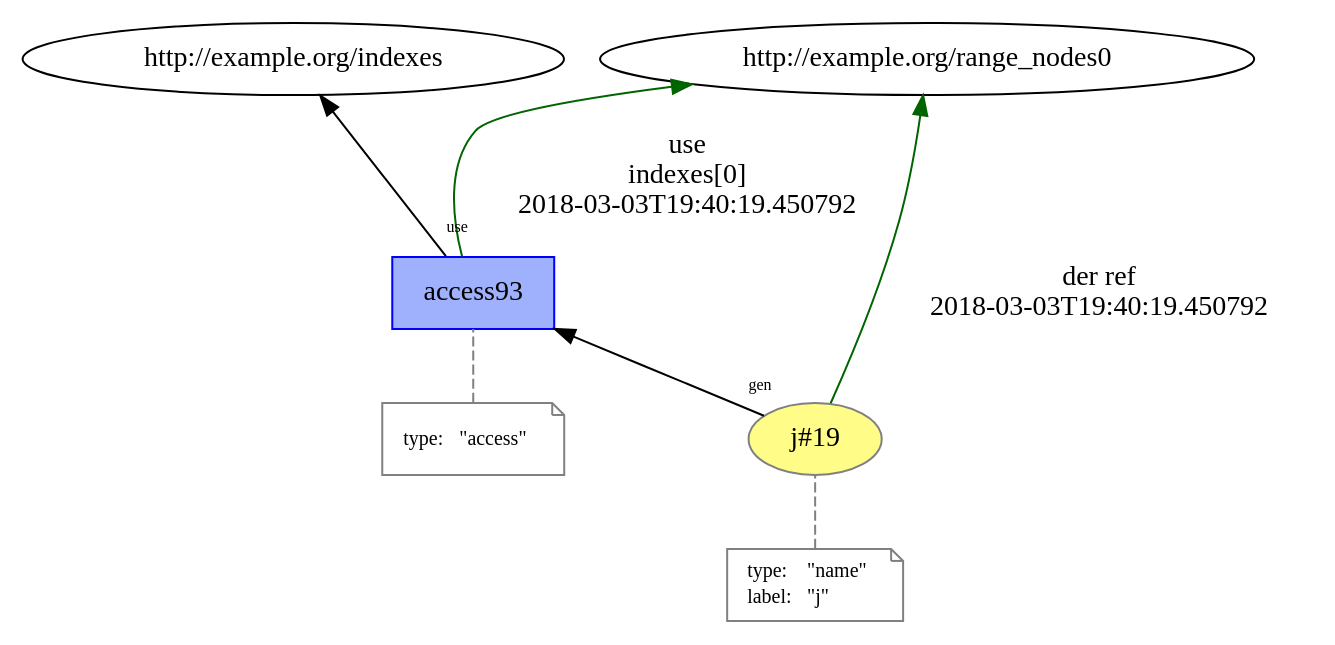
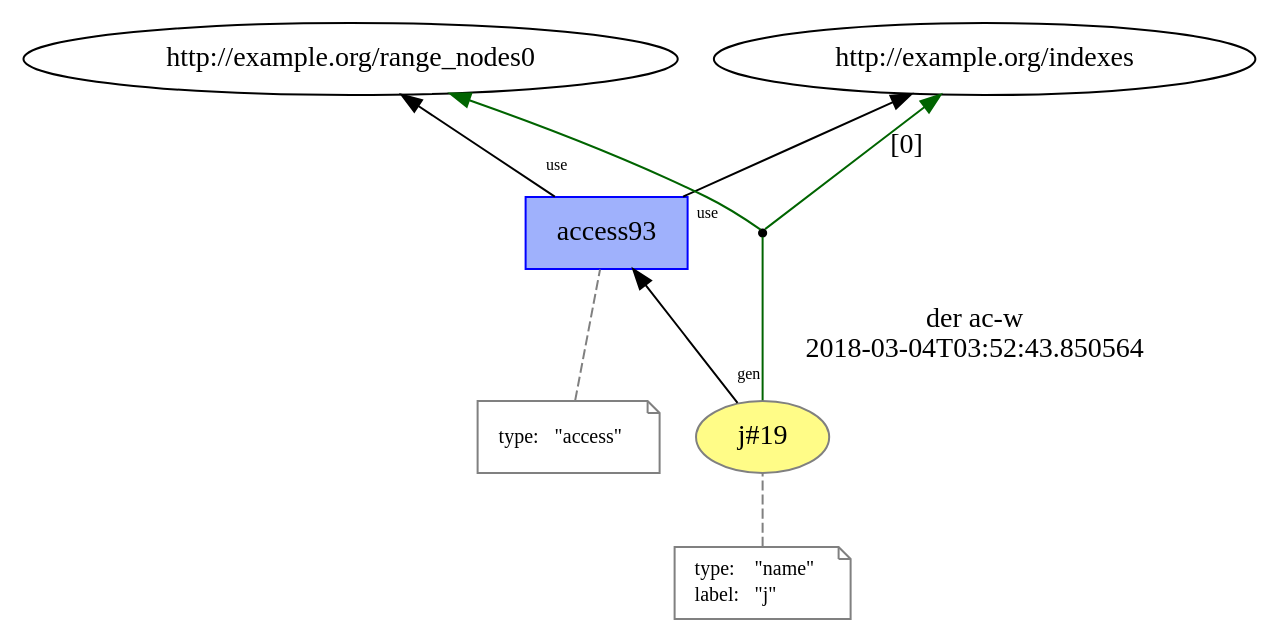
The diagram in intertwined_prov/temp/L13__loop_access_19.dot (dew-uff/versioned-prov), drawn with Graphviz before and after one commit. The commit also changed 972 other files, not shown here.

```diff
--- a/intertwined_prov/temp/L13__loop_access_19.dot
+++ b/intertwined_prov/temp/L13__loop_access_19.dot
@@ -1,29 +1,30 @@
 digraph "PROV" { size="16,12"; rankdir="BT";
 "http://example.org/j#19" [fillcolor="#FFFC87",color="#808080",style="filled",label="j#19",URL="http://example.org/j#19"]
 "-attrs0" [color="gray",shape="note",fontsize="10",fontcolor="black",label=<<TABLE cellpadding="0" border="0">
 	<TR>
 	    <TD align="left">type:</TD>
 	    <TD align="left">&quot;name&quot;</TD>
 	</TR>
 	<TR>
 	    <TD align="left">label:</TD>
 	    <TD align="left">&quot;j&quot;</TD>
 	</TR>
 </TABLE>>]
 "-attrs0" -> "http://example.org/j#19" [color="gray",style="dashed",arrowhead="none"]
 "http://example.org/access93" [fillcolor="#9FB1FC",color="#0000FF",shape="polygon",sides="4",style="filled",label="access93",URL="http://example.org/access93"]
 "-attrs1" [color="gray",shape="note",fontsize="10",fontcolor="black",label=<<TABLE cellpadding="0" border="0">
 	<TR>
 	    <TD align="left">type:</TD>
 	    <TD align="left">&quot;access&quot;</TD>
 	</TR>
 </TABLE>>]
 "-attrs1" -> "http://example.org/access93" [color="gray",style="dashed",arrowhead="none"]
-"http://example.org/access93" -> "http://example.org/range_nodes0" [labelfontsize="8",labeldistance="1.5",color="darkgreen",labelangle="60.0",rotation="20",label="use
-indexes[0]
-2018-03-03T19:40:19.450792"]
-"http://example.org/j#19" -> "http://example.org/range_nodes0" [labelfontsize="8",labeldistance="1.5",color="darkgreen",labelangle="60.0",rotation="20",label="der ref
-2018-03-03T19:40:19.450792"]
+"http://example.org/access93" -> "http://example.org/range_nodes0" [labelfontsize="8",labeldistance="1.5",labelangle="60.0",rotation="20",taillabel="use"]
+"bn0" [shape="point",label=""]
+"http://example.org/j#19" -> "bn0" [arrowhead="none",color="darkgreen",label="der ac-w
+2018-03-04T03:52:43.850564"]
+"bn0" -> "http://example.org/indexes" [labelfontsize="8",labeldistance="1.5",color="darkgreen",labelangle="60.0",rotation="20",label="[0]"]
+"bn0" -> "http://example.org/range_nodes0" [color="darkgreen"]
 "http://example.org/j#19" -> "http://example.org/access93" [labelfontsize="8",labeldistance="1.5",labelangle="60.0",rotation="20",taillabel="gen"]
 "http://example.org/access93" -> "http://example.org/indexes" [labelfontsize="8",labeldistance="1.5",labelangle="60.0",rotation="20",taillabel="use"]
 }
```
